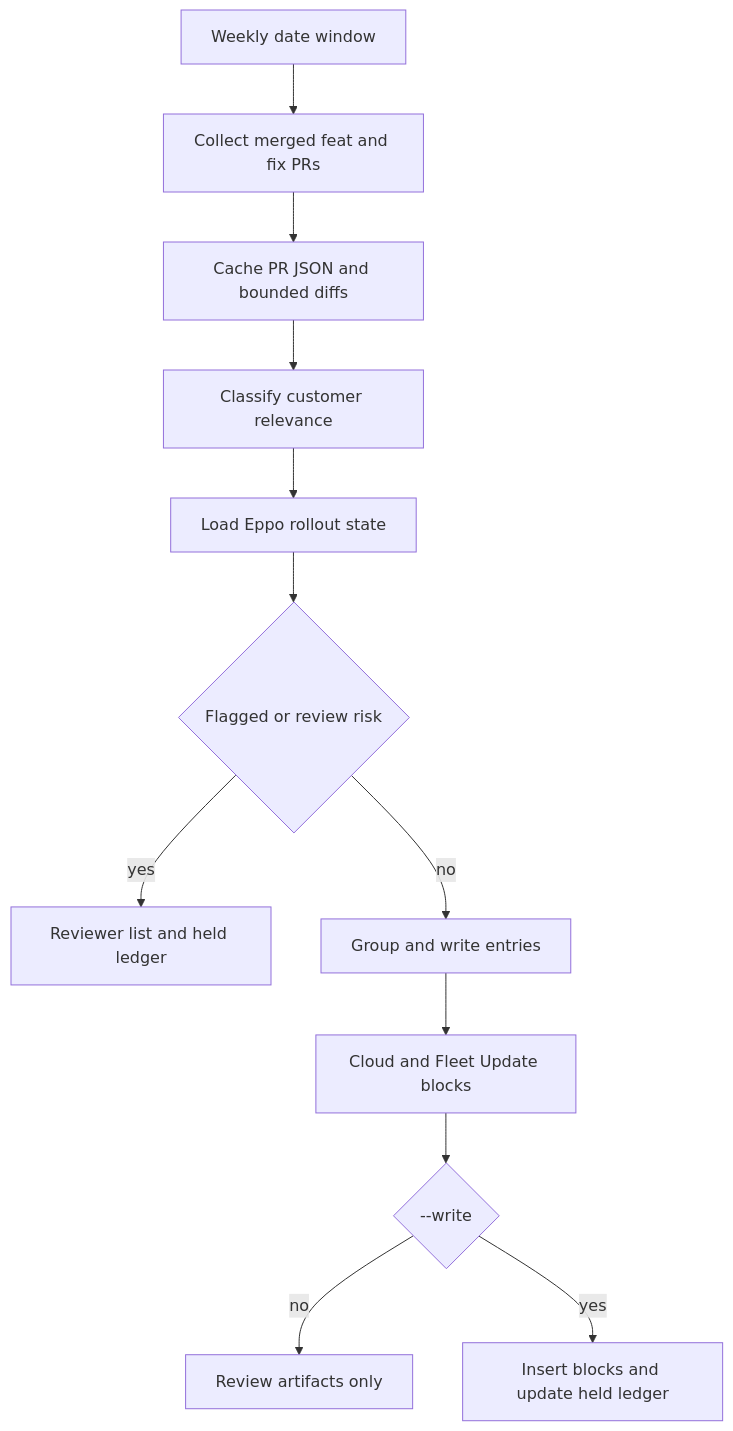
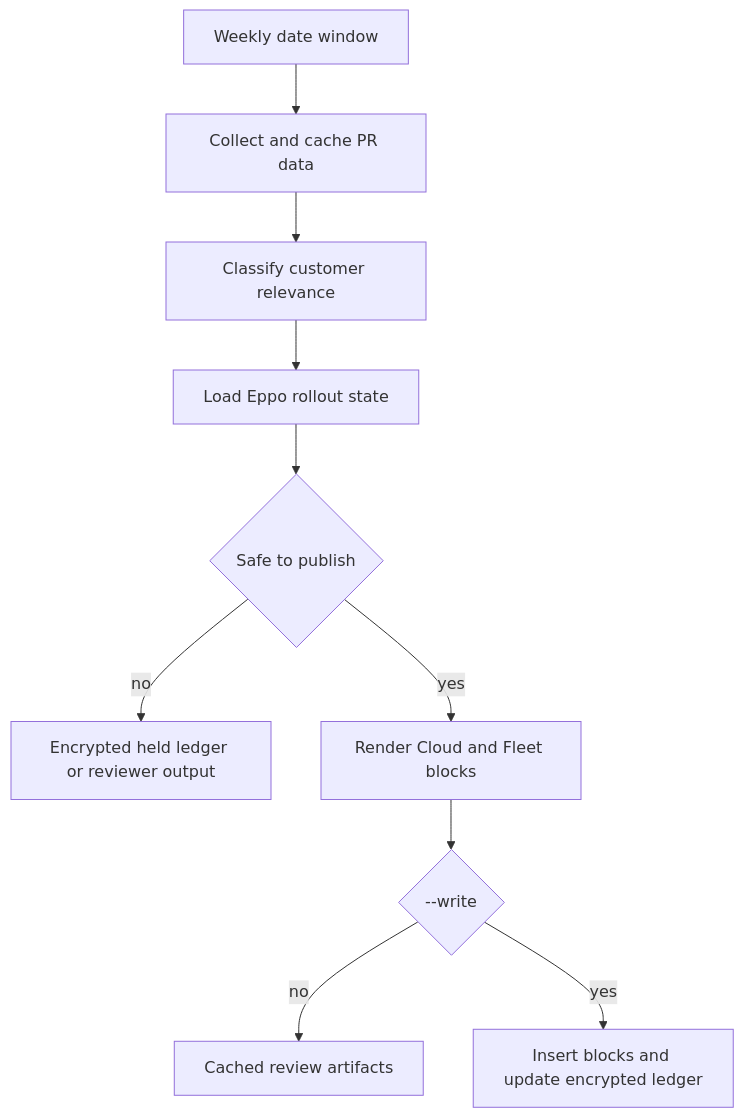
The second of 2 diagrams in openwiki/testing/test-overview.md (rishi-raj-jain/docs-1), drawn with Mermaid before and after one commit. The commit also changed other lines of this file and 30 other files, not shown here.

````diff
--- a/openwiki/testing/test-overview.md
+++ b/openwiki/testing/test-overview.md
@@ -78,14 +88,12 @@
 ```mermaid
 flowchart TD
-  Window["Weekly date window"] --> Collect["Collect merged feat and fix PRs"]
-  Collect --> Cache["Cache PR JSON and bounded diffs"]
-  Cache --> Classify["Classify customer relevance"]
-  Classify --> Flags["Load Eppo rollout state"]
-  Flags --> Hold{"Flagged or review risk"}
-  Hold -->|"yes"| Reviewer["Reviewer list and held ledger"]
-  Hold -->|"no"| Group["Group and write entries"]
-  Group --> Render["Cloud and Fleet Update blocks"]
+  Window["Weekly date window"] --> Collect["Collect and cache PR data"]
+  Collect --> Classify["Classify customer relevance"]
+  Classify --> Eppo["Load Eppo rollout state"]
+  Eppo --> Gate{"Safe to publish"}
+  Gate -->|"no"| Held["Encrypted held ledger or reviewer output"]
+  Gate -->|"yes"| Render["Render Cloud and Fleet blocks"]
   Render --> Write{"--write"}
-  Write -->|"no"| Review["Review artifacts only"]
-  Write -->|"yes"| Targets["Insert blocks and update held ledger"]
+  Write -->|"no"| Review["Cached review artifacts"]
+  Write -->|"yes"| Targets["Insert blocks and update encrypted ledger"]
 ```
````
